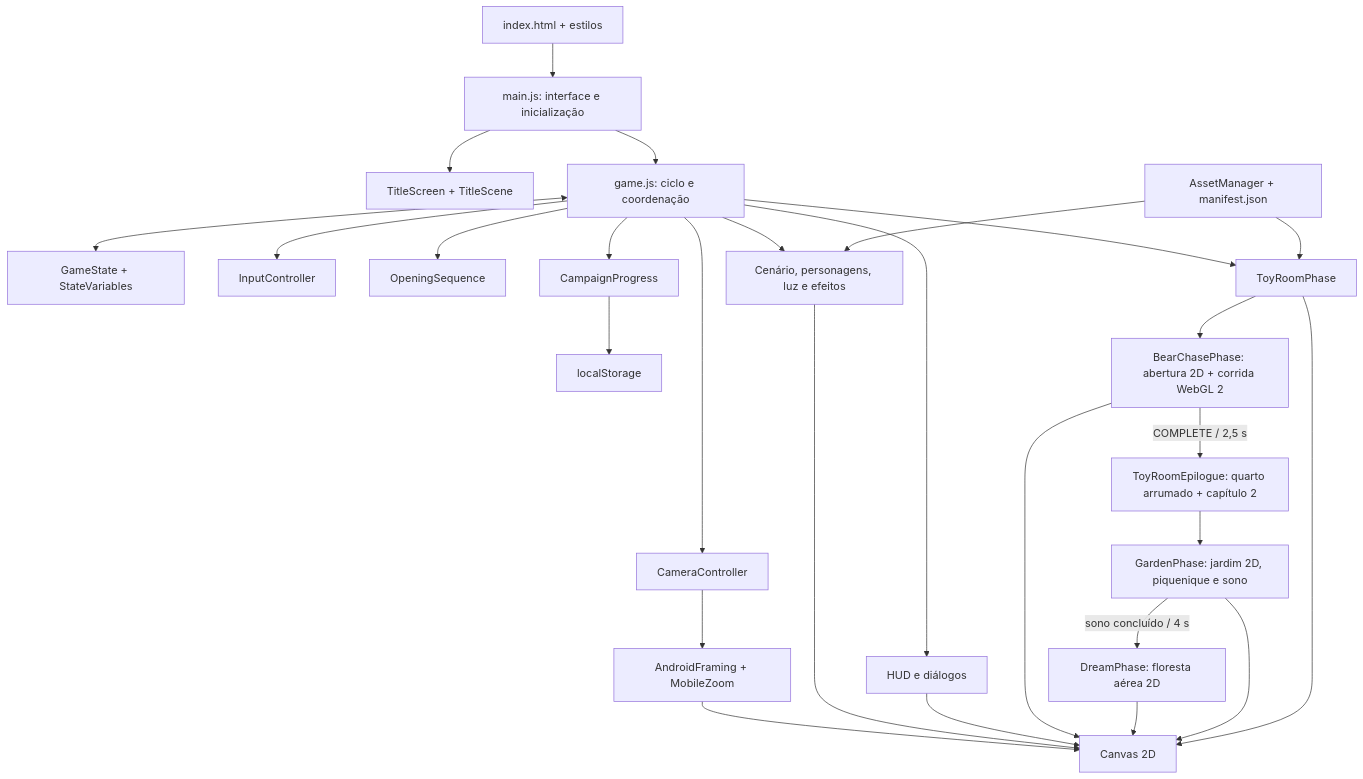
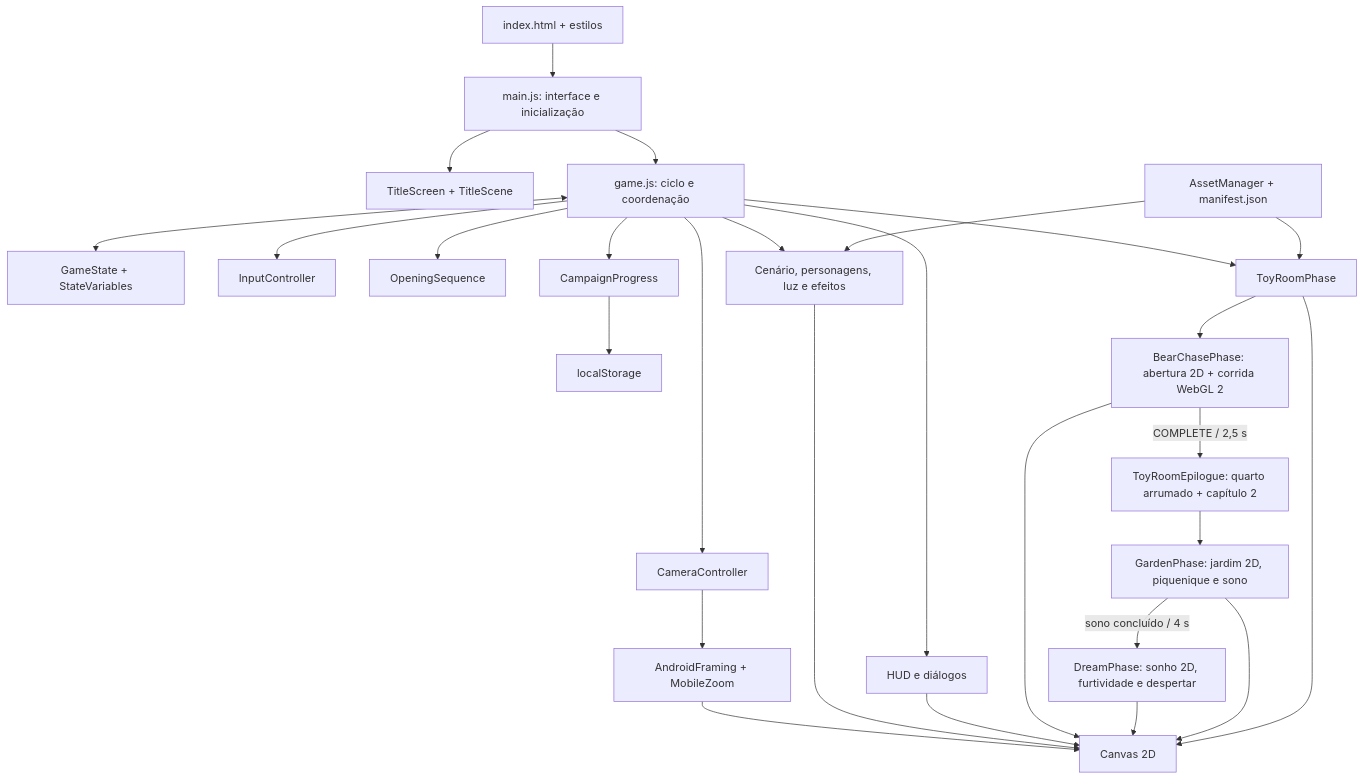
Before and after one commit to luciussama/legendGirl: the diagram in README.md, drawn with Mermaid. The commit also changed other lines of this file and 57 other files, not shown here.

````diff
--- a/README.md
+++ b/README.md
@@ -94,29 +94,29 @@
 ```mermaid
 flowchart TD
     HTML["index.html + estilos"] --> Main["main.js: interface e inicialização"]
     Main --> Title["TitleScreen + TitleScene"]
     Main --> Game["game.js: ciclo e coordenação"]
     Game <--> State["GameState + StateVariables"]
     Game --> Input["InputController"]
     Game --> Camera["CameraController"]
     Game --> Opening["OpeningSequence"]
     Game --> Render["Cenário, personagens, luz e efeitos"]
     Game --> UI["HUD e diálogos"]
     Game --> Toy["ToyRoomPhase"]
     Game --> Progress["CampaignProgress"]
     Progress --> Storage["localStorage"]
     Assets["AssetManager + manifest.json"] --> Render
     Assets --> Toy
     Camera --> Presentation["AndroidFraming + MobileZoom"]
     Presentation --> Canvas["Canvas 2D"]
     Render --> Canvas
     UI --> Canvas
     Toy --> Chase["BearChasePhase: abertura 2D + corrida WebGL 2"]
     Chase --> Canvas
     Chase -->|COMPLETE / 2,5 s| Epilogue["ToyRoomEpilogue: quarto arrumado + capítulo 2"]
     Epilogue --> Garden["GardenPhase: jardim 2D, piquenique e sono"]
-    Garden -->|sono concluído / 4 s| Dream["DreamPhase: floresta aérea 2D"]
+    Garden -->|sono concluído / 4 s| Dream["DreamPhase: sonho 2D, furtividade e despertar"]
     Dream --> Canvas
     Garden --> Canvas
     Toy --> Canvas
 ```
````
